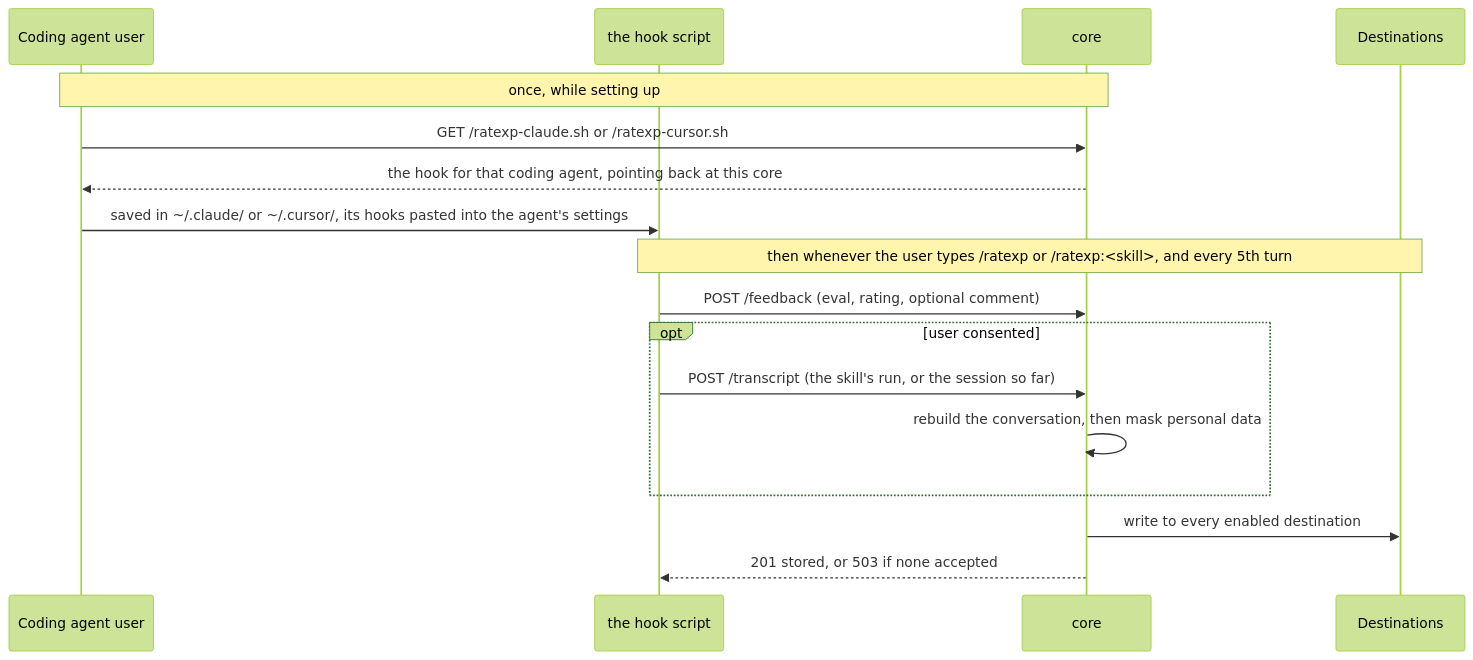
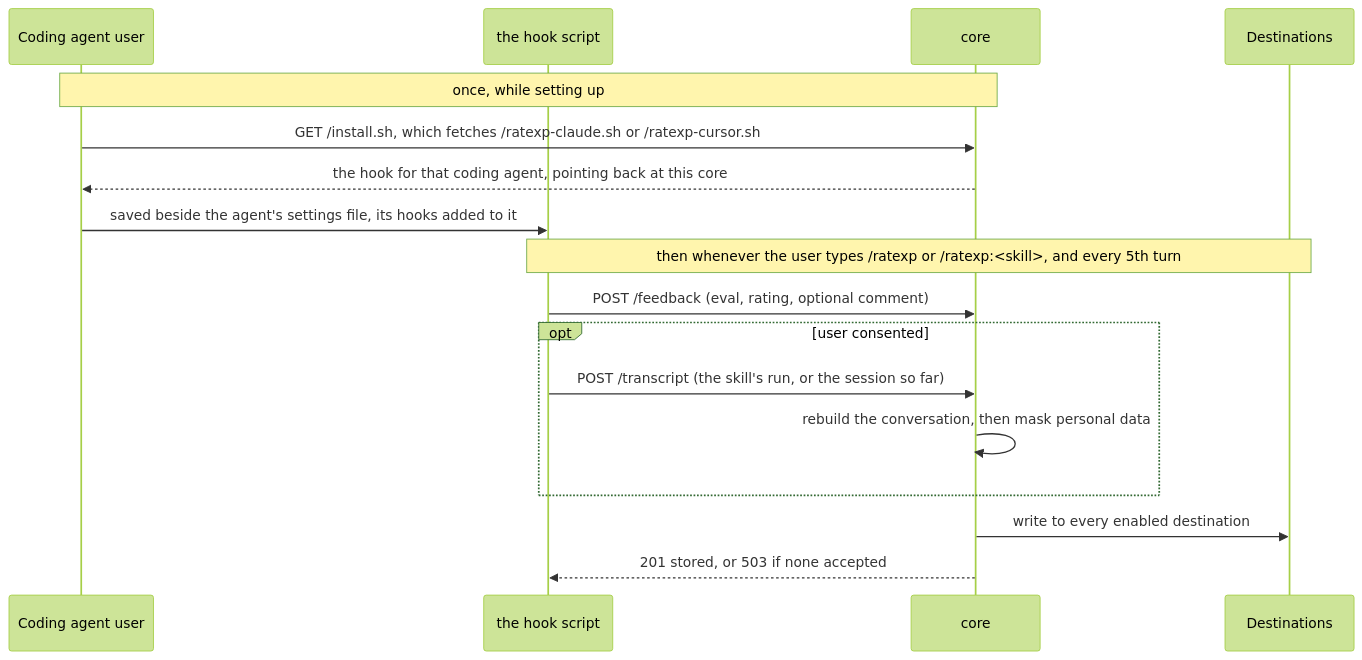
One commit to HikmetB1/RateXp changed the diagram in core/README.md. Above: the diagram before and after it, drawn with Mermaid (forest theme). The commit also changed other lines of this file and 9 other files, not shown here.

Commit message:
feat: add a one-line installer that saves the hook and adds its hooks to claude code or cursor settings, with uninstall and status

````diff
--- a/core/README.md
+++ b/core/README.md
@@ -8,21 +8,21 @@
 ```mermaid
 sequenceDiagram
     participant A as Coding agent user
     participant H as the hook script
     participant C as core
     participant D as Destinations
 
     Note over A,C: once, while setting up
-    A->>C: GET /ratexp-claude.sh or /ratexp-cursor.sh
+    A->>C: GET /install.sh, which fetches /ratexp-claude.sh or /ratexp-cursor.sh
     C-->>A: the hook for that coding agent, pointing back at this core
-    A->>H: saved in ~/.claude/ or ~/.cursor/, its hooks pasted into the agent's settings
+    A->>H: saved beside the agent's settings file, its hooks added to it
 
     Note over H,D: then whenever the user types /ratexp or /ratexp:<skill>, and every 5th turn
     H->>C: POST /feedback (eval, rating, optional comment)
     opt user consented
         H->>C: POST /transcript (the skill's run, or the session so far)
         C->>C: rebuild the conversation, then mask personal data
     end
     C->>D: write to every enabled destination
     C-->>H: 201 stored, or 503 if none accepted
 ```
````
